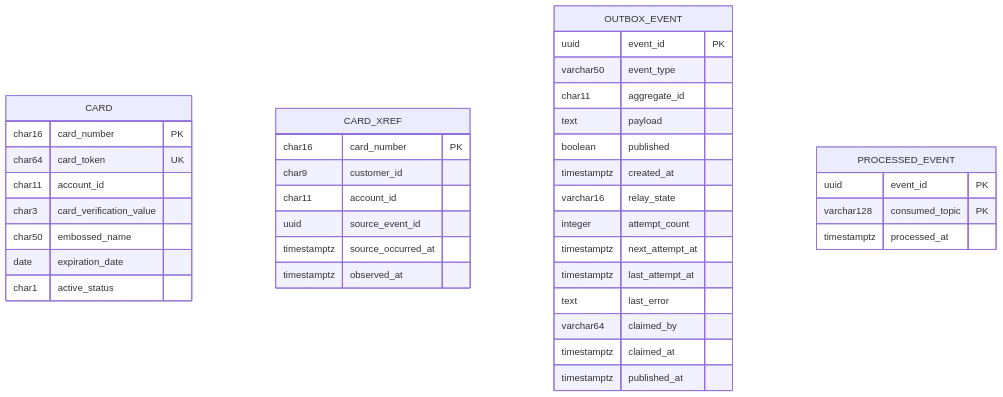
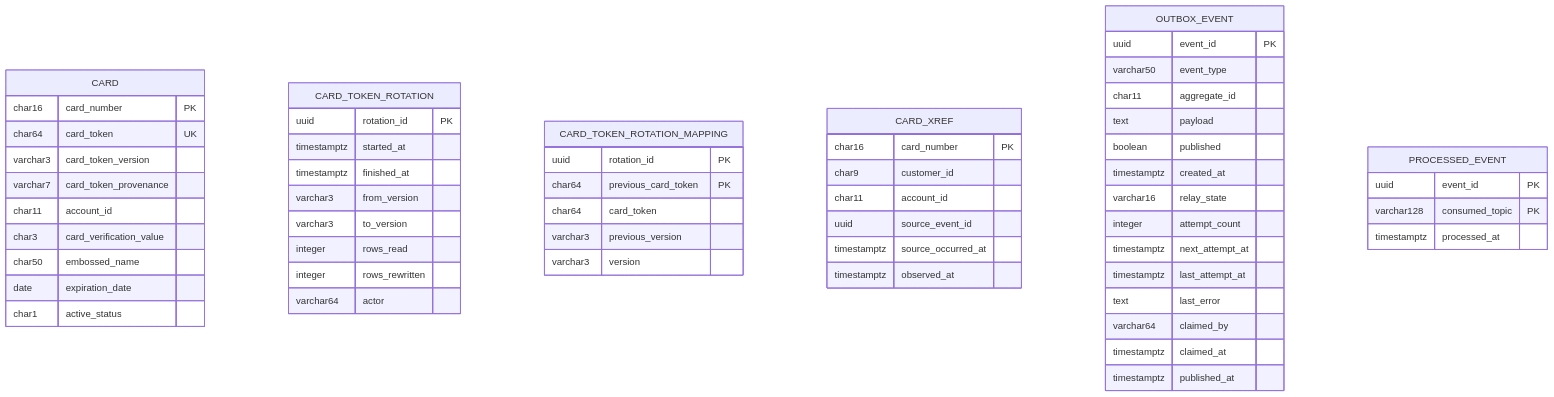
The sixth of 6 diagrams in card-platform/docs/data-model.md (blitzy-public-samples/aws-carddemo-blitzy), drawn with Mermaid before and after one commit. The commit also changed other lines of this file and 253 other files, not shown here.

````diff
--- a/card-platform/docs/data-model.md
+++ b/card-platform/docs/data-model.md
@@ -667,41 +660,60 @@
 ```mermaid
 erDiagram
     CARD {
         char16 card_number PK
         char64 card_token UK
+        varchar3 card_token_version
+        varchar7 card_token_provenance
         char11 account_id
         char3 card_verification_value
         char50 embossed_name
         date expiration_date
         char1 active_status
+    }
+    CARD_TOKEN_ROTATION {
+        uuid rotation_id PK
+        timestamptz started_at
+        timestamptz finished_at
+        varchar3 from_version
+        varchar3 to_version
+        integer rows_read
+        integer rows_rewritten
+        varchar64 actor
+    }
+    CARD_TOKEN_ROTATION_MAPPING {
+        uuid rotation_id PK
+        char64 previous_card_token PK
+        char64 card_token
+        varchar3 previous_version
+        varchar3 version
     }
     CARD_XREF {
         char16 card_number PK
         char9 customer_id
         char11 account_id
         uuid source_event_id
         timestamptz source_occurred_at
         timestamptz observed_at
     }
     OUTBOX_EVENT {
         uuid event_id PK
         varchar50 event_type
         char11 aggregate_id
         text payload
         boolean published
         timestamptz created_at
         varchar16 relay_state
         integer attempt_count
         timestamptz next_attempt_at
         timestamptz last_attempt_at
         text last_error
         varchar64 claimed_by
         timestamptz claimed_at
         timestamptz published_at
     }
     PROCESSED_EVENT {
         uuid event_id PK
         varchar128 consumed_topic PK
         timestamptz processed_at
     }
 ```
````
